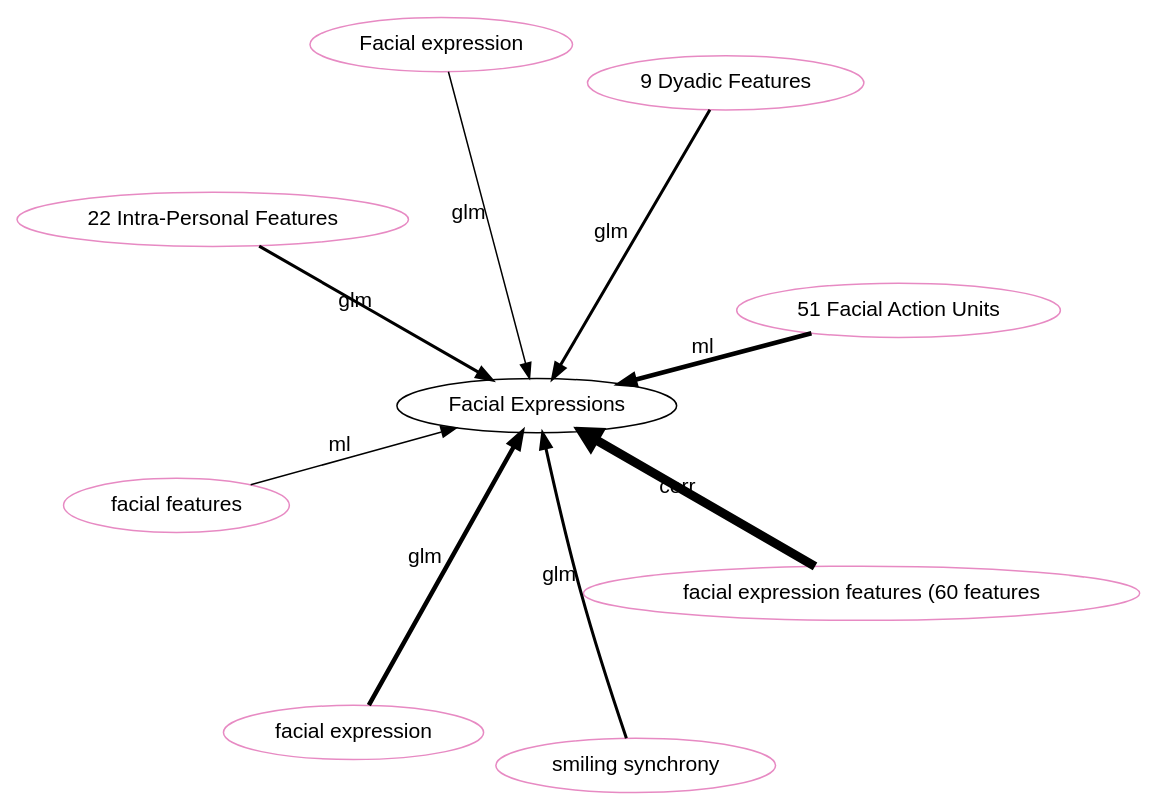
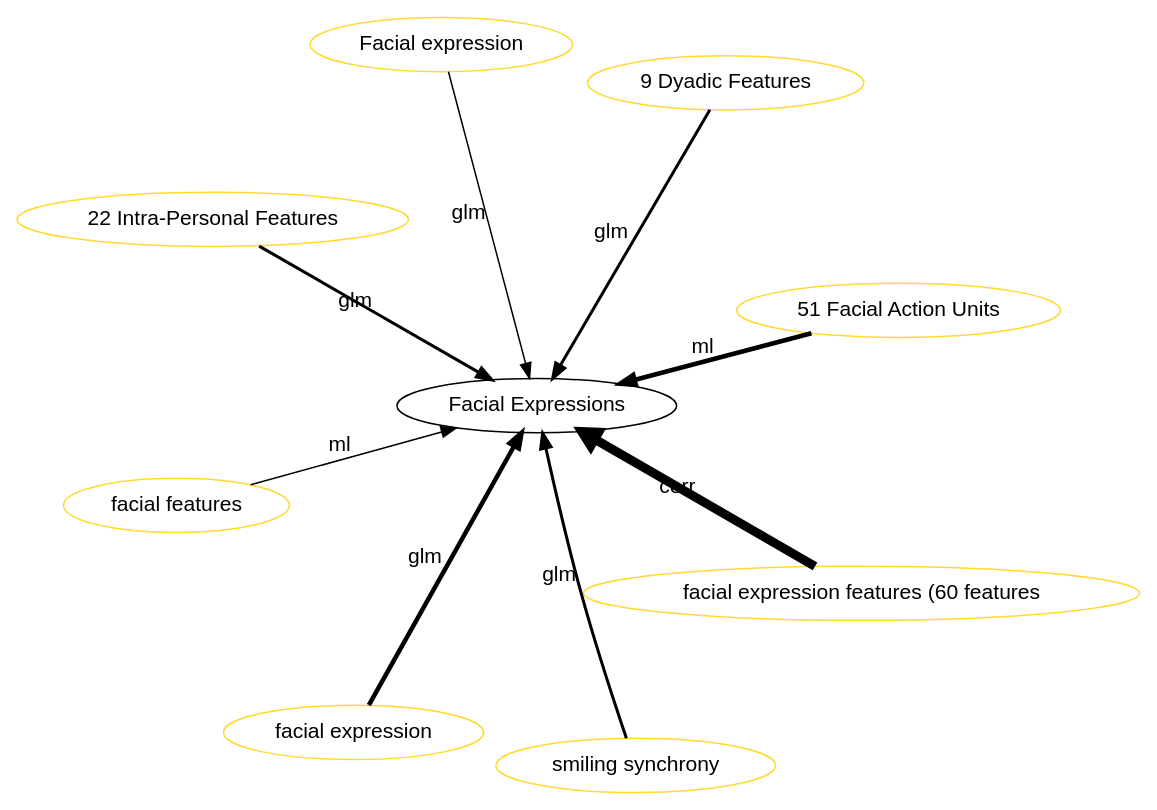
Before and after one commit to hgse-schneider/mmca: the diagram in graphviz/Facial_Expressions.gv, drawn with Graphviz. The commit also changed 154 other files, not shown here.

```diff
--- a/graphviz/Facial_Expressions.gv
+++ b/graphviz/Facial_Expressions.gv
@@ -1,42 +1,42 @@
 digraph world {
         size="15,15";
         layout=neato
         graph [fontname = "helvetica"];
         node [fontname = "helvetica", colorscheme=set28];
         edge [fontname = "helvetica", colorscheme=set28];
 
 	"Facial Expressions" [href="index.svg"];
-	"51 Facial Action Units" [href="https://scholar.google.com/scholar?hl=en&q=Automatic%20Recognition%20of%20Affective%20Laughter%20in%20Spontaneous%20Dyadic%20Interactions%20from%20Audiovisual%20Signals" target="_blank" , color="4"];
-	"51 Facial Action Units" [href="https://scholar.google.com/scholar?hl=en&q=Automatic%20Recognition%20of%20Affective%20Laughter%20in%20Spontaneous%20Dyadic%20Interactions%20from%20Audiovisual%20Signals" target="_blank" , color="4"];
-	"51 Facial Action Units" [href="https://scholar.google.com/scholar?hl=en&q=Automatic%20Recognition%20of%20Affective%20Laughter%20in%20Spontaneous%20Dyadic%20Interactions%20from%20Audiovisual%20Signals" target="_blank" , color="4"];
-	"facial expression" [href="https://scholar.google.com/scholar?hl=en&q=The%20Additive%20Value%20of%20Multimodal%20Features%20for%20Predicting%20Engagement,%20Frustration,%20and%20Learning%20during%20Tutoring" target="_blank" , color="4"];
-	"facial expression" [href="https://scholar.google.com/scholar?hl=en&q=The%20Additive%20Value%20of%20Multimodal%20Features%20for%20Predicting%20Engagement,%20Frustration,%20and%20Learning%20during%20Tutoring" target="_blank" , color="4"];
-	"facial expression" [href="https://scholar.google.com/scholar?hl=en&q=The%20Additive%20Value%20of%20Multimodal%20Features%20for%20Predicting%20Engagement,%20Frustration,%20and%20Learning%20during%20Tutoring" target="_blank" , color="4"];
-	"22 Intra-Personal Features" [href="https://scholar.google.com/scholar?hl=en&q=Personality%20classification%20and%20behaviour%20interpretation:%20An%20approach%20based%20on%20feature%20categories" target="_blank" , color="4"];
-	"22 Intra-Personal Features" [href="https://scholar.google.com/scholar?hl=en&q=Personality%20classification%20and%20behaviour%20interpretation:%20An%20approach%20based%20on%20feature%20categories" target="_blank" , color="4"];
-	"9 Dyadic Features" [href="https://scholar.google.com/scholar?hl=en&q=Personality%20classification%20and%20behaviour%20interpretation:%20An%20approach%20based%20on%20feature%20categories" target="_blank" , color="4"];
-	"9 Dyadic Features" [href="https://scholar.google.com/scholar?hl=en&q=Personality%20classification%20and%20behaviour%20interpretation:%20An%20approach%20based%20on%20feature%20categories" target="_blank" , color="4"];
-	"Facial expression" [href="https://scholar.google.com/scholar?hl=en&q=Going%20beyond%20what%20is%20visible:%20What%20multichannel%20data%20can%20reveal%20about%20interaction%20in%20the%20context%20of%20collaborative%20learning?" target="_blank" , color="4"];
-	"facial features" [href="https://scholar.google.com/scholar?hl=en&q=Real-time%20mutual%20gaze%20perception" target="_blank" , color="4"];
-	"facial expression features (60 features" [href="https://scholar.google.com/scholar?hl=en&q=Multimodal%20Analysis%20of%20Vocal%20Collaborative%20Search:A%20Public%20Corpus%20and%20Results" target="_blank" , color="4"];
-	"facial expression features (60 features" [href="https://scholar.google.com/scholar?hl=en&q=Multimodal%20Analysis%20of%20Vocal%20Collaborative%20Search:A%20Public%20Corpus%20and%20Results" target="_blank" , color="4"];
-	"facial expression features (60 features" [href="https://scholar.google.com/scholar?hl=en&q=Multimodal%20Analysis%20of%20Vocal%20Collaborative%20Search:A%20Public%20Corpus%20and%20Results" target="_blank" , color="4"];
-	"facial expression features (60 features" [href="https://scholar.google.com/scholar?hl=en&q=Multimodal%20Analysis%20of%20Vocal%20Collaborative%20Search:A%20Public%20Corpus%20and%20Results" target="_blank" , color="4"];
-	"facial expression features (60 features" [href="https://scholar.google.com/scholar?hl=en&q=Multimodal%20Analysis%20of%20Vocal%20Collaborative%20Search:A%20Public%20Corpus%20and%20Results" target="_blank" , color="4"];
-	"facial expression features (60 features" [href="https://scholar.google.com/scholar?hl=en&q=Multimodal%20Analysis%20of%20Vocal%20Collaborative%20Search:A%20Public%20Corpus%20and%20Results" target="_blank" , color="4"];
-	"smiling synchrony" [href="https://scholar.google.com/scholar?hl=en&q=Physiological%20evidence%20of%20interpersonal%20dynamics%20in%20a%20cooperative%20production%20task" target="_blank" , color="4"];
-	"smiling synchrony" [href="https://scholar.google.com/scholar?hl=en&q=Physiological%20evidence%20of%20interpersonal%20dynamics%20in%20a%20cooperative%20production%20task" target="_blank" , color="4"];
+	"51 Facial Action Units" [href="https://scholar.google.com/scholar?hl=en&q=Automatic%20Recognition%20of%20Affective%20Laughter%20in%20Spontaneous%20Dyadic%20Interactions%20from%20Audiovisual%20Signals" target="_blank" , color="6"];
+	"51 Facial Action Units" [href="https://scholar.google.com/scholar?hl=en&q=Automatic%20Recognition%20of%20Affective%20Laughter%20in%20Spontaneous%20Dyadic%20Interactions%20from%20Audiovisual%20Signals" target="_blank" , color="6"];
+	"51 Facial Action Units" [href="https://scholar.google.com/scholar?hl=en&q=Automatic%20Recognition%20of%20Affective%20Laughter%20in%20Spontaneous%20Dyadic%20Interactions%20from%20Audiovisual%20Signals" target="_blank" , color="6"];
+	"facial expression" [href="https://scholar.google.com/scholar?hl=en&q=The%20Additive%20Value%20of%20Multimodal%20Features%20for%20Predicting%20Engagement,%20Frustration,%20and%20Learning%20during%20Tutoring" target="_blank" , color="6"];
+	"facial expression" [href="https://scholar.google.com/scholar?hl=en&q=The%20Additive%20Value%20of%20Multimodal%20Features%20for%20Predicting%20Engagement,%20Frustration,%20and%20Learning%20during%20Tutoring" target="_blank" , color="6"];
+	"facial expression" [href="https://scholar.google.com/scholar?hl=en&q=The%20Additive%20Value%20of%20Multimodal%20Features%20for%20Predicting%20Engagement,%20Frustration,%20and%20Learning%20during%20Tutoring" target="_blank" , color="6"];
+	"22 Intra-Personal Features" [href="https://scholar.google.com/scholar?hl=en&q=Personality%20classification%20and%20behaviour%20interpretation:%20An%20approach%20based%20on%20feature%20categories" target="_blank" , color="6"];
+	"22 Intra-Personal Features" [href="https://scholar.google.com/scholar?hl=en&q=Personality%20classification%20and%20behaviour%20interpretation:%20An%20approach%20based%20on%20feature%20categories" target="_blank" , color="6"];
+	"9 Dyadic Features" [href="https://scholar.google.com/scholar?hl=en&q=Personality%20classification%20and%20behaviour%20interpretation:%20An%20approach%20based%20on%20feature%20categories" target="_blank" , color="6"];
+	"9 Dyadic Features" [href="https://scholar.google.com/scholar?hl=en&q=Personality%20classification%20and%20behaviour%20interpretation:%20An%20approach%20based%20on%20feature%20categories" target="_blank" , color="6"];
+	"Facial expression" [href="https://scholar.google.com/scholar?hl=en&q=Going%20beyond%20what%20is%20visible:%20What%20multichannel%20data%20can%20reveal%20about%20interaction%20in%20the%20context%20of%20collaborative%20learning?" target="_blank" , color="6"];
+	"facial features" [href="https://scholar.google.com/scholar?hl=en&q=Real-time%20mutual%20gaze%20perception" target="_blank" , color="6"];
+	"facial expression features (60 features" [href="https://scholar.google.com/scholar?hl=en&q=Multimodal%20Analysis%20of%20Vocal%20Collaborative%20Search:A%20Public%20Corpus%20and%20Results" target="_blank" , color="6"];
+	"facial expression features (60 features" [href="https://scholar.google.com/scholar?hl=en&q=Multimodal%20Analysis%20of%20Vocal%20Collaborative%20Search:A%20Public%20Corpus%20and%20Results" target="_blank" , color="6"];
+	"facial expression features (60 features" [href="https://scholar.google.com/scholar?hl=en&q=Multimodal%20Analysis%20of%20Vocal%20Collaborative%20Search:A%20Public%20Corpus%20and%20Results" target="_blank" , color="6"];
+	"facial expression features (60 features" [href="https://scholar.google.com/scholar?hl=en&q=Multimodal%20Analysis%20of%20Vocal%20Collaborative%20Search:A%20Public%20Corpus%20and%20Results" target="_blank" , color="6"];
+	"facial expression features (60 features" [href="https://scholar.google.com/scholar?hl=en&q=Multimodal%20Analysis%20of%20Vocal%20Collaborative%20Search:A%20Public%20Corpus%20and%20Results" target="_blank" , color="6"];
+	"facial expression features (60 features" [href="https://scholar.google.com/scholar?hl=en&q=Multimodal%20Analysis%20of%20Vocal%20Collaborative%20Search:A%20Public%20Corpus%20and%20Results" target="_blank" , color="6"];
+	"smiling synchrony" [href="https://scholar.google.com/scholar?hl=en&q=Physiological%20evidence%20of%20interpersonal%20dynamics%20in%20a%20cooperative%20production%20task" target="_blank" , color="6"];
+	"smiling synchrony" [href="https://scholar.google.com/scholar?hl=en&q=Physiological%20evidence%20of%20interpersonal%20dynamics%20in%20a%20cooperative%20production%20task" target="_blank" , color="6"];
 	"51 Facial Action Units" -> "Facial Expressions" [label="ml", labeltooltip=3, style="solid", penwidth=3];
 	"facial expression" -> "Facial Expressions" [label="glm", labeltooltip=3, style="solid", penwidth=3];
 	"22 Intra-Personal Features" -> "Facial Expressions" [label="glm", labeltooltip=2, style="solid", penwidth=2];
 	"9 Dyadic Features" -> "Facial Expressions" [label="glm", labeltooltip=2, style="solid", penwidth=2];
 	"Facial expression" -> "Facial Expressions" [label="glm", labeltooltip=1, style="solid", penwidth=1];
 	"facial features" -> "Facial Expressions" [label="ml", labeltooltip=1, style="solid", penwidth=1];
 	"facial expression features (60 features" -> "Facial Expressions" [label="corr", labeltooltip=6, style="solid", penwidth=6];
 	"smiling synchrony" -> "Facial Expressions" [label="glm", labeltooltip=2, style="solid", penwidth=2];
 
  overlap=false 
  splines = true; 
 
 
 }
```
